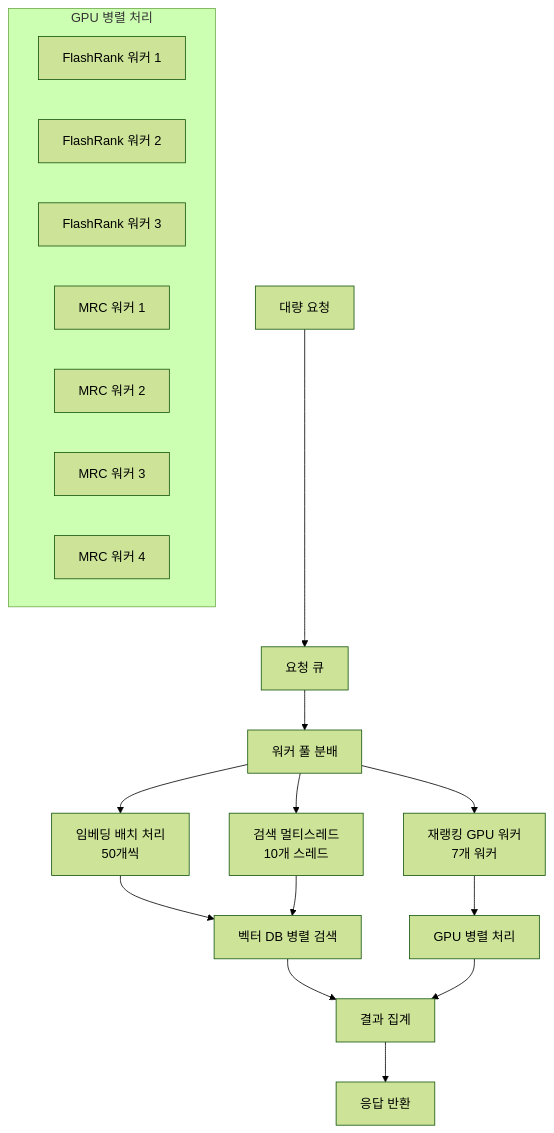
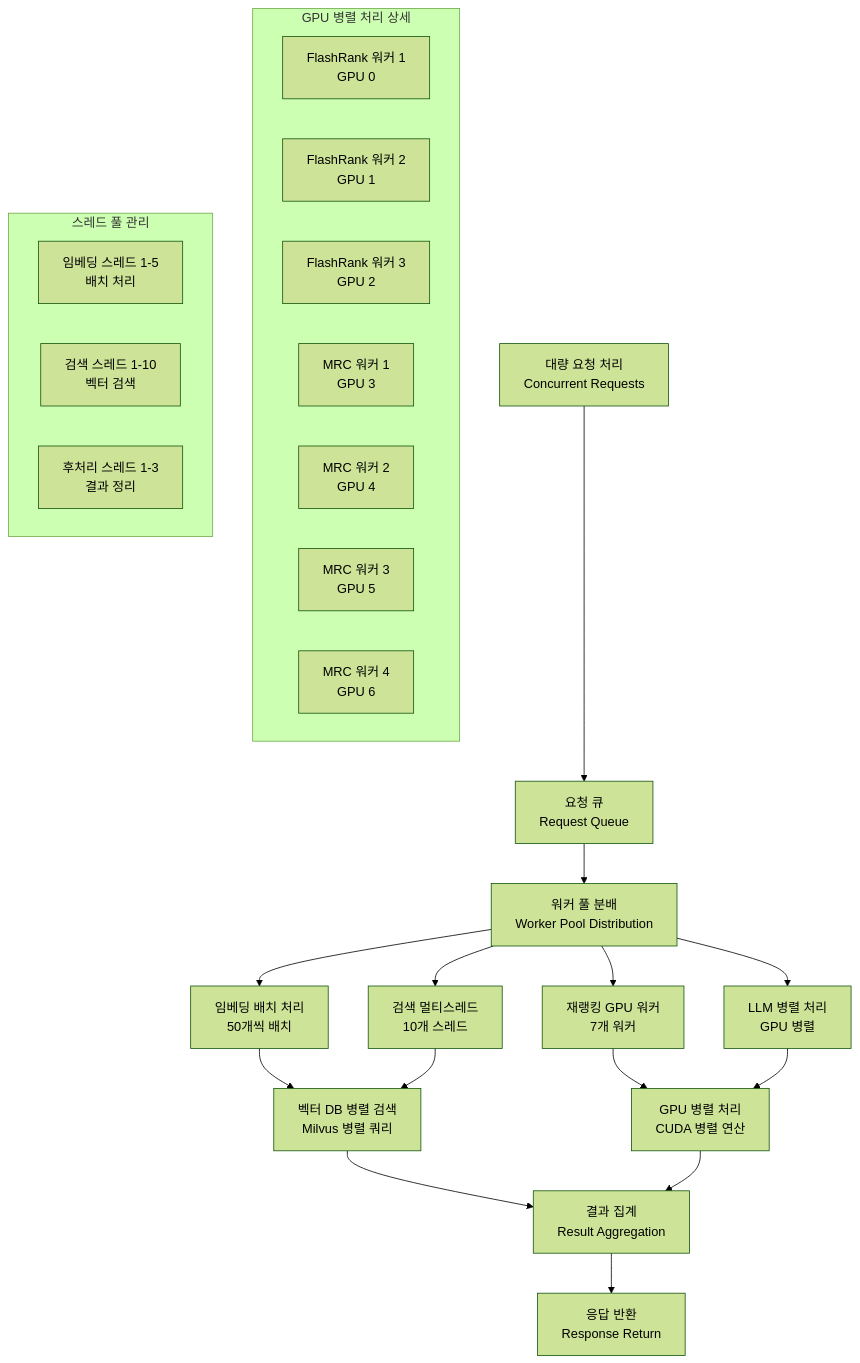
The ninth of 12 diagrams in workflow_diagram.md (FingerAI-Team/uwsgi-fastcgi), drawn with Mermaid (forest theme) before and after one commit. The commit also changed other lines of this file, not shown here.

Commit message:
다이어그램 업데이트

````diff
--- a/workflow_diagram.md
+++ b/workflow_diagram.md
@@ -174,27 +367,35 @@
 ```mermaid
 flowchart TD
-    A[대량 요청] --> B[요청 큐]
-    B --> C[워커 풀 분배]
+    A[대량 요청 처리<br/>Concurrent Requests] --> B[요청 큐<br/>Request Queue]
+    B --> C[워커 풀 분배<br/>Worker Pool Distribution]
     
-    C --> D[임베딩 배치 처리<br/>50개씩]
+    C --> D[임베딩 배치 처리<br/>50개씩 배치]
     C --> E[검색 멀티스레드<br/>10개 스레드]
     C --> F[재랭킹 GPU 워커<br/>7개 워커]
+    C --> G[LLM 병렬 처리<br/>GPU 병렬]
     
-    D --> G[벡터 DB 병렬 검색]
-    E --> G
-    F --> H[GPU 병렬 처리]
+    D --> H[벡터 DB 병렬 검색<br/>Milvus 병렬 쿼리]
+    E --> H
+    F --> I[GPU 병렬 처리<br/>CUDA 병렬 연산]
+    G --> I
     
-    G --> I[결과 집계]
-    H --> I
-    I --> J[응답 반환]
+    H --> J[결과 집계<br/>Result Aggregation]
+    I --> J
+    J --> K[응답 반환<br/>Response Return]
     
-    subgraph "GPU 병렬 처리"
-        F1[FlashRank 워커 1]
-        F2[FlashRank 워커 2]
-        F3[FlashRank 워커 3]
-        M1[MRC 워커 1]
-        M2[MRC 워커 2]
-        M3[MRC 워커 3]
-        M4[MRC 워커 4]
+    subgraph "GPU 병렬 처리 상세"
+        F1[FlashRank 워커 1<br/>GPU 0]
+        F2[FlashRank 워커 2<br/>GPU 1]
+        F3[FlashRank 워커 3<br/>GPU 2]
+        M1[MRC 워커 1<br/>GPU 3]
+        M2[MRC 워커 2<br/>GPU 4]
+        M3[MRC 워커 3<br/>GPU 5]
+        M4[MRC 워커 4<br/>GPU 6]
+    end
+    
+    subgraph "스레드 풀 관리"
+        T1[임베딩 스레드 1-5<br/>배치 처리]
+        T2[검색 스레드 1-10<br/>벡터 검색]
+        T3[후처리 스레드 1-3<br/>결과 정리]
     end
 ```
````
